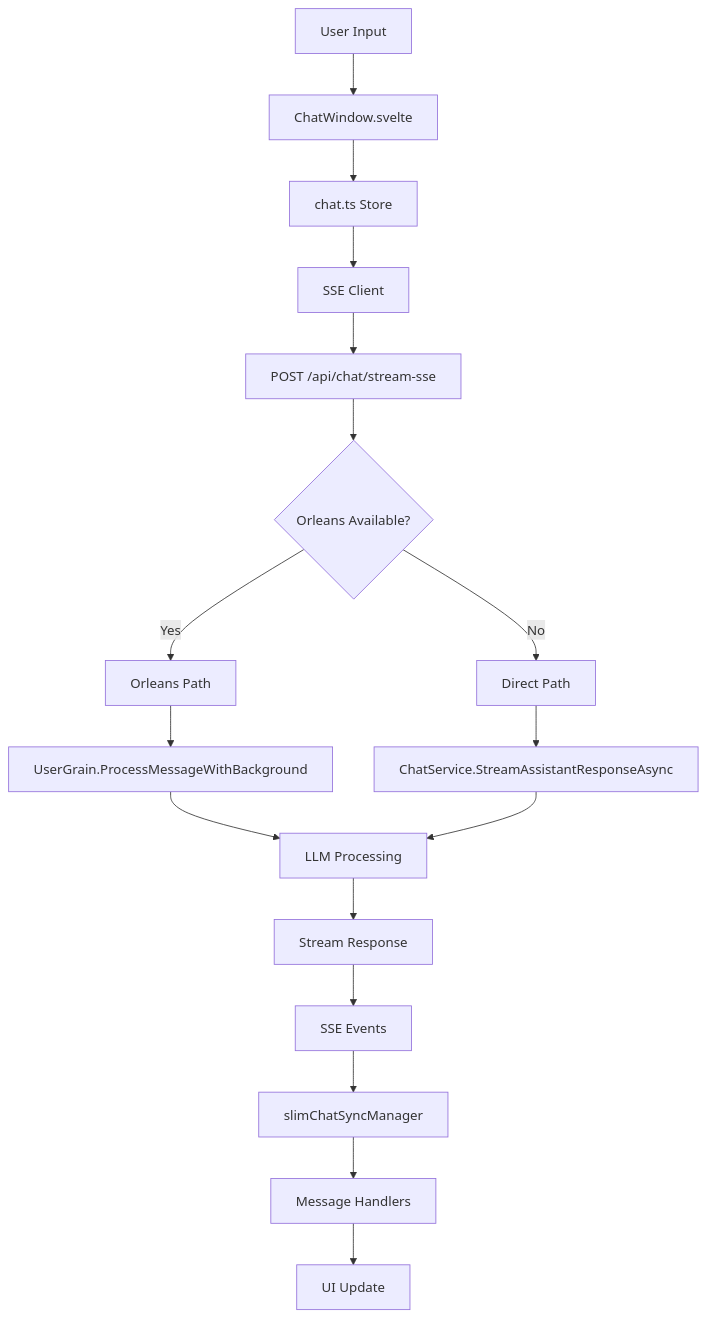
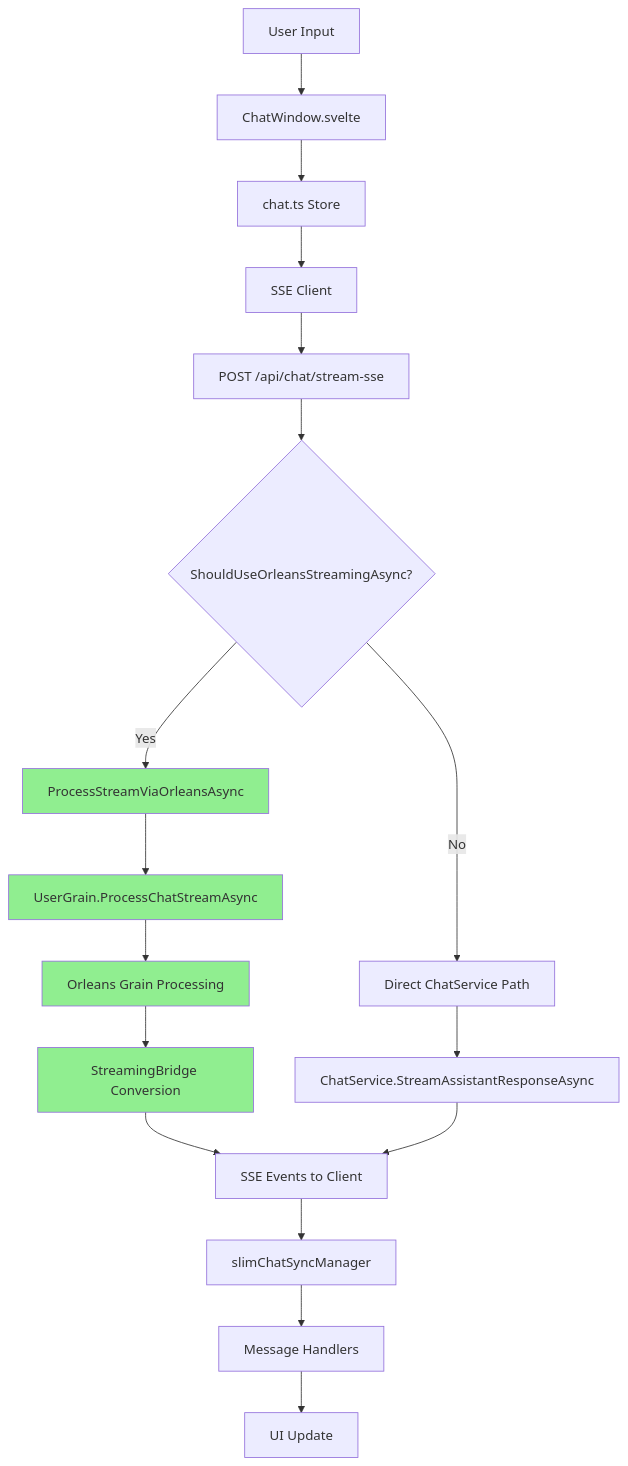
The diagram in docs/features/orleans-grain-integration/current-state-architecture.md (bonbon-on-fire/doc_project_2025), drawn with Mermaid before and after one commit. The commit also changed other lines of this file and 98 other files, not shown here.

````diff
--- a/docs/features/orleans-grain-integration/current-state-architecture.md
+++ b/docs/features/orleans-grain-integration/current-state-architecture.md
@@ -32,19 +47,27 @@
 ```mermaid
 graph TD
     A[User Input] --> B[ChatWindow.svelte]
     B --> C[chat.ts Store]
     C --> D[SSE Client]
     D --> E[POST /api/chat/stream-sse]
-    E --> F{Orleans Available?}
-    F -->|Yes| G[Orleans Path]
-    F -->|No| H[Direct Path]
-    G --> I[UserGrain.ProcessMessageWithBackground]
-    H --> J[ChatService.StreamAssistantResponseAsync]
-    I --> K[LLM Processing]
-    J --> K
-    K --> L[Stream Response]
-    L --> M[SSE Events]
-    M --> N[slimChatSyncManager]
+    E --> F{ShouldUseOrleansStreamingAsync?}
+    F -->|Yes| G[ProcessStreamViaOrleansAsync]
+    F -->|No| H[Direct ChatService Path]
+    
+    G --> I[UserGrain.ProcessChatStreamAsync]
+    I --> J[Orleans Grain Processing]
+    J --> K[StreamingBridge Conversion]
+    K --> L[SSE Events to Client]
+    
+    H --> M[ChatService.StreamAssistantResponseAsync]
+    M --> L
+    
+    L --> N[slimChatSyncManager]
     N --> O[Message Handlers]
     O --> P[UI Update]
+    
+    style G fill:#90EE90
+    style I fill:#90EE90
+    style J fill:#90EE90
+    style K fill:#90EE90
 ```
````
